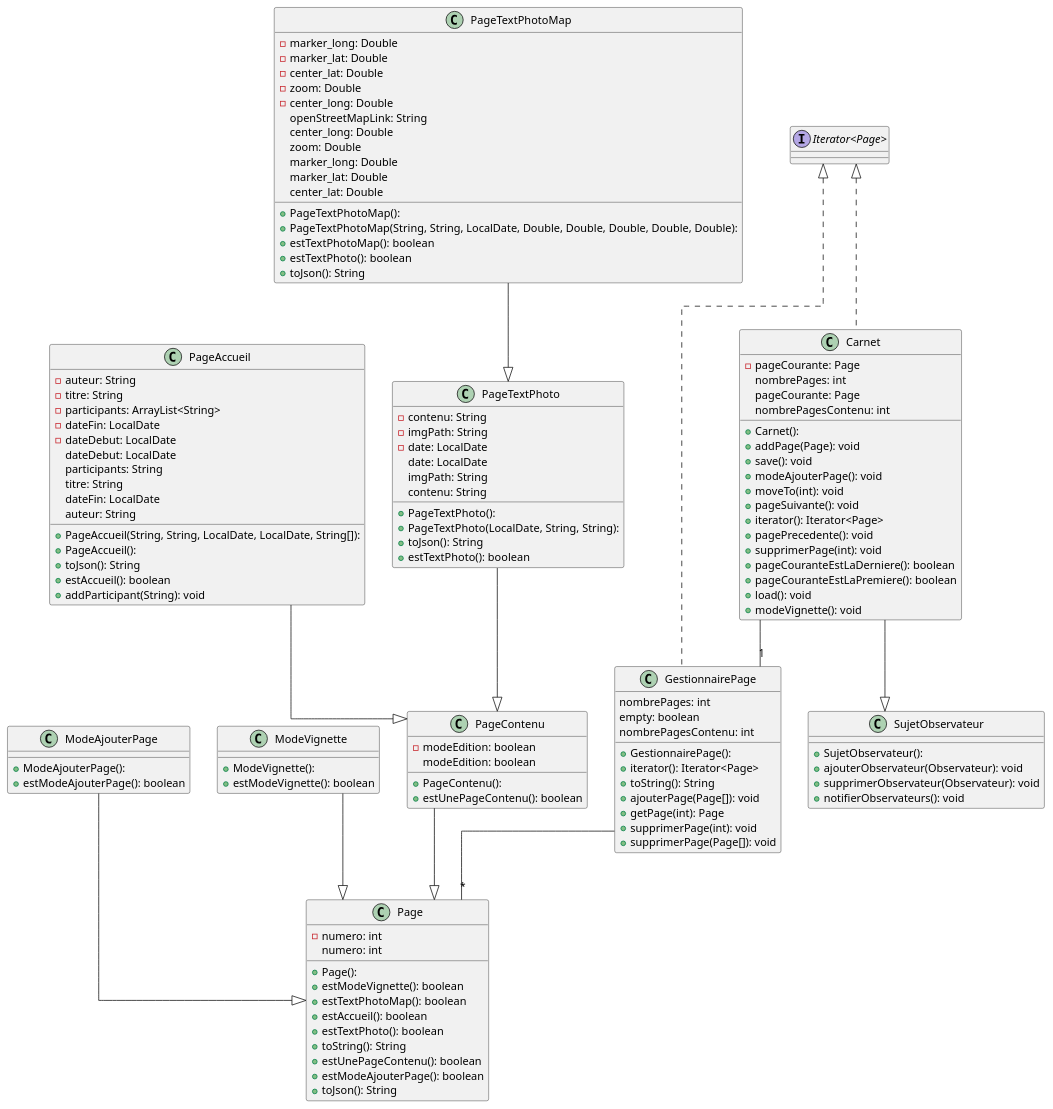
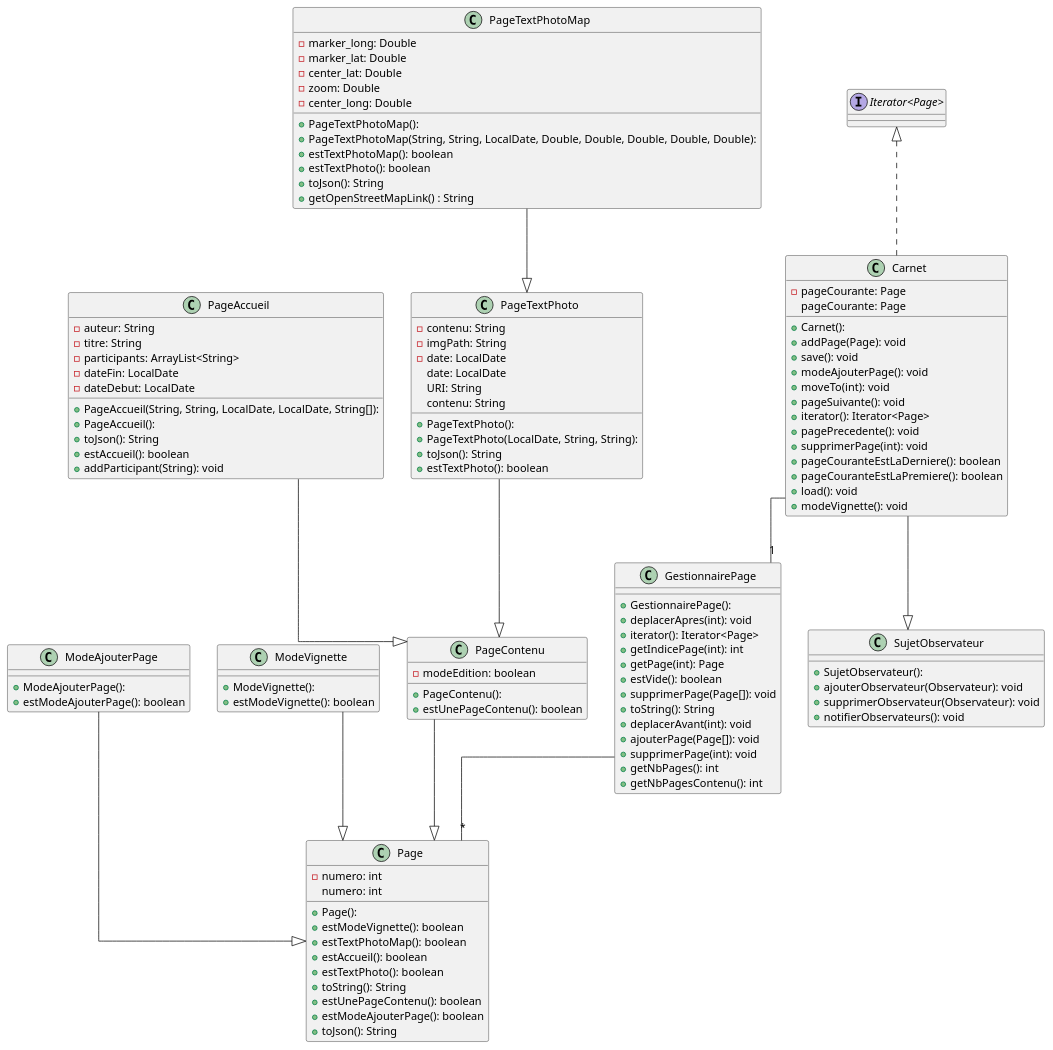
One commit to MMMatth/carnet-de-voyage changed the diagram in tp_preparatoire/diagramme/Model.plantuml. Above: the diagram before and after it, drawn with PlantUML. The commit also changed 29 other files, not shown here.

```diff
--- a/tp_preparatoire/diagramme/Model.plantuml
+++ b/tp_preparatoire/diagramme/Model.plantuml
@@ -1,129 +1,119 @@
 @startuml
 
 top to bottom direction
 skinparam linetype ortho
 
 class Carnet implements "Iterator<Page>" {
   + Carnet():
   - pageCourante: Page
   + addPage(Page): void
   + save(): void
   + modeAjouterPage(): void
   + moveTo(int): void
   + pageSuivante(): void
   + iterator(): Iterator<Page>
   + pagePrecedente(): void
   + supprimerPage(int): void
   + pageCouranteEstLaDerniere(): boolean
   + pageCouranteEstLaPremiere(): boolean
   + load(): void
   + modeVignette(): void
-   nombrePages: int
    pageCourante: Page
-   nombrePagesContenu: int
 }
 Carnet --"1" GestionnairePage
 
-class GestionnairePage implements "Iterator<Page>"{
+class GestionnairePage {
   + GestionnairePage():
+  + deplacerApres(int): void
   + iterator(): Iterator<Page>
+  + getIndicePage(int): int
+  + getPage(int): Page
+  + estVide(): boolean
+  + supprimerPage(Page[]): void
   + toString(): String
+  + deplacerAvant(int): void
   + ajouterPage(Page[]): void
-  + getPage(int): Page
   + supprimerPage(int): void
-  + supprimerPage(Page[]): void
-   nombrePages: int
-   empty: boolean
-   nombrePagesContenu: int
+    + getNbPages(): int
+    + getNbPagesContenu(): int
 }
 GestionnairePage --"*" Page
 
 class ModeAjouterPage {
   + ModeAjouterPage():
   + estModeAjouterPage(): boolean
 }
 class ModeVignette {
   + ModeVignette():
   + estModeVignette(): boolean
 }
 class Page {
   + Page():
   - numero: int
   + estModeVignette(): boolean
   + estTextPhotoMap(): boolean
   + estAccueil(): boolean
   + estTextPhoto(): boolean
   + toString(): String
   + estUnePageContenu(): boolean
   + estModeAjouterPage(): boolean
   + toJson(): String
    numero: int
 }
 class PageAccueil {
   + PageAccueil(String, String, LocalDate, LocalDate, String[]):
   + PageAccueil():
   - auteur: String
   - titre: String
   - participants: ArrayList<String>
   - dateFin: LocalDate
   - dateDebut: LocalDate
   + toJson(): String
   + estAccueil(): boolean
   + addParticipant(String): void
-   dateDebut: LocalDate
-   participants: String
-   titre: String
-   dateFin: LocalDate
-   auteur: String
 }
 class PageContenu {
   + PageContenu():
   - modeEdition: boolean
   + estUnePageContenu(): boolean
-   modeEdition: boolean
 }
 class PageTextPhoto {
   + PageTextPhoto():
   + PageTextPhoto(LocalDate, String, String):
   - contenu: String
   - imgPath: String
   - date: LocalDate
   + toJson(): String
   + estTextPhoto(): boolean
    date: LocalDate
-   imgPath: String
+   URI: String
    contenu: String
 }
 class PageTextPhotoMap {
   + PageTextPhotoMap():
   + PageTextPhotoMap(String, String, LocalDate, Double, Double, Double, Double, Double):
   - marker_long: Double
   - marker_lat: Double
   - center_lat: Double
   - zoom: Double
   - center_long: Double
   + estTextPhotoMap(): boolean
   + estTextPhoto(): boolean
   + toJson(): String
-   openStreetMapLink: String
-   center_long: Double
-   zoom: Double
-   marker_long: Double
-   marker_lat: Double
-   center_lat: Double
+  +  getOpenStreetMapLink() : String
 }
 class SujetObservateur {
   + SujetObservateur():
   + ajouterObservateur(Observateur): void
   + supprimerObservateur(Observateur): void
   + notifierObservateurs(): void
 }
 
 Carnet            --|>  SujetObservateur
 ModeAjouterPage   --|>  Page
 ModeVignette      --|>  Page
 PageAccueil       --|>  PageContenu
 PageContenu       --|>  Page
 PageTextPhoto     --|>  PageContenu
 PageTextPhotoMap  --|>  PageTextPhoto
 @enduml
```
